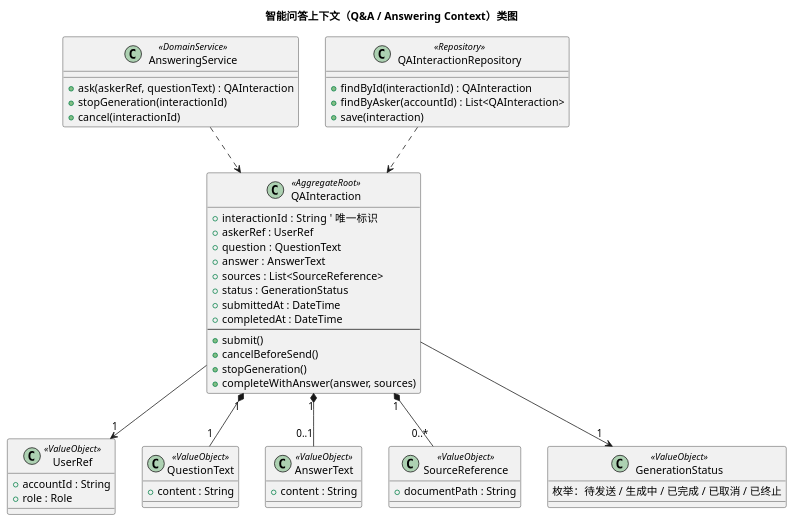
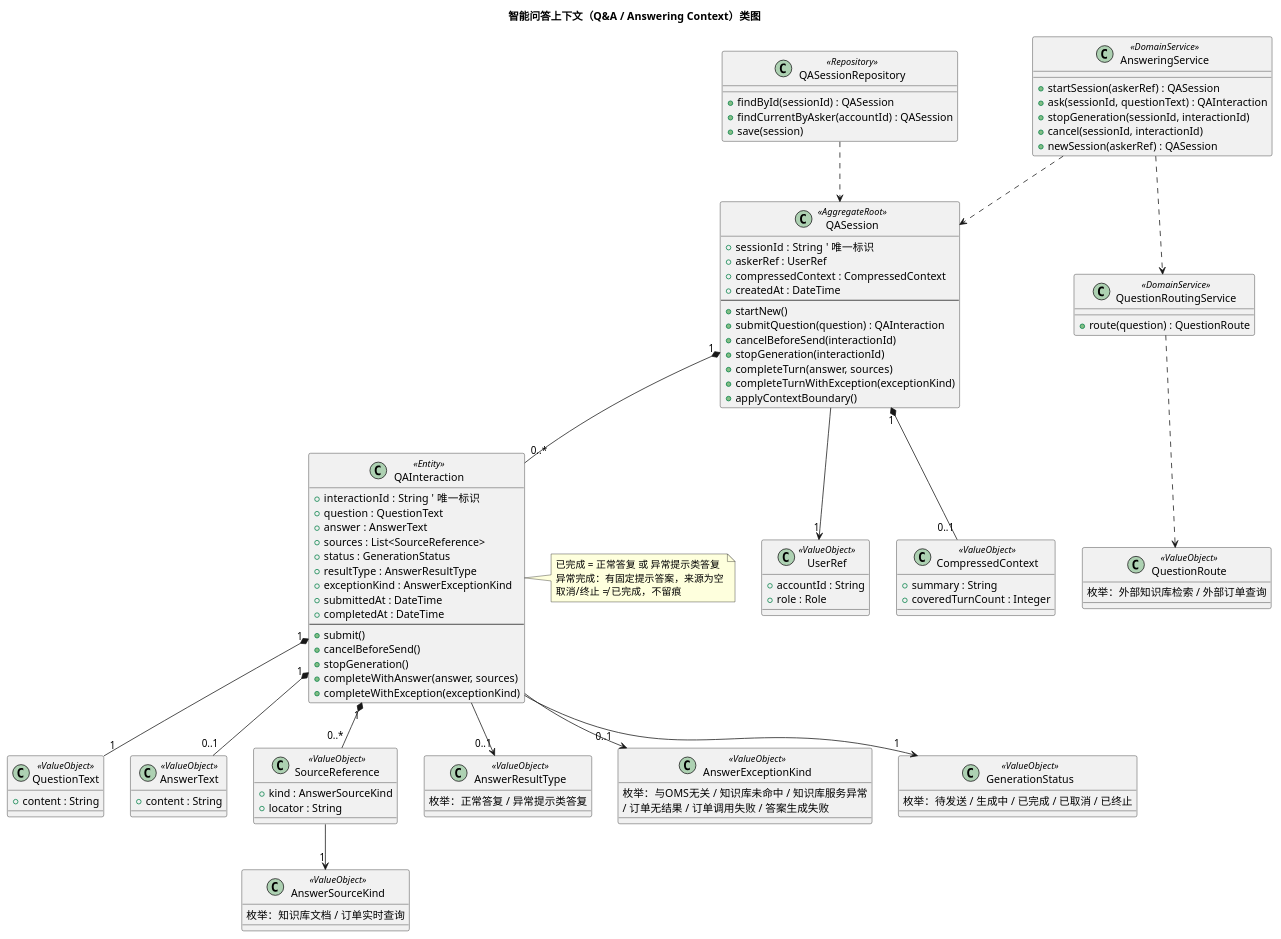
Before and after one commit to Wendy123wx/OMS-AI-RAG-Agent: the third of 10 diagrams in docs/prd/02-领域模型.md, drawn with PlantUML. The commit also changed other lines of this file, not shown here.

````diff
--- a/docs/prd/02-领域模型.md
+++ b/docs/prd/02-领域模型.md
@@ -371,13 +495,29 @@
 @startuml QAContext
 title 智能问答上下文（Q&A / Answering Context）类图
 
-class QAInteraction <<AggregateRoot>> {
+class QASession <<AggregateRoot>> {
+  +sessionId : String  ' 唯一标识
+  +askerRef : UserRef
+  +compressedContext : CompressedContext
+  +createdAt : DateTime
+  --
+  +startNew()
+  +submitQuestion(question) : QAInteraction
+  +cancelBeforeSend(interactionId)
+  +stopGeneration(interactionId)
+  +completeTurn(answer, sources)
+  +completeTurnWithException(exceptionKind)
+  +applyContextBoundary()
+}
+
+class QAInteraction <<Entity>> {
   +interactionId : String  ' 唯一标识
-  +askerRef : UserRef
   +question : QuestionText
   +answer : AnswerText
   +sources : List<SourceReference>
   +status : GenerationStatus
+  +resultType : AnswerResultType
+  +exceptionKind : AnswerExceptionKind
   +submittedAt : DateTime
   +completedAt : DateTime
   --
@@ -385,6 +525,7 @@
   +cancelBeforeSend()
   +stopGeneration()
   +completeWithAnswer(answer, sources)
+  +completeWithException(exceptionKind)
 }
 
 class UserRef <<ValueObject>> {
@@ -403,8 +544,29 @@
   ' 不可变
 }
 
+class AnswerSourceKind <<ValueObject>> {
+  枚举：知识库文档 / 订单实时查询
+  ' 不可变
+}
+
 class SourceReference <<ValueObject>> {
-  +documentPath : String
+  +kind : AnswerSourceKind
+  +locator : String
+  ' 文档检索路径或「订单系统实时查询」；不可变
+}
+
+class AnswerResultType <<ValueObject>> {
+  枚举：正常答复 / 异常提示类答复
+  ' 不可变
+}
+
+class AnswerExceptionKind <<ValueObject>> {
+  枚举：与OMS无关 / 知识库未命中 / 知识库服务异常\n/ 订单无结果 / 订单调用失败 / 答案生成失败
+  ' 不可变
+}
+
+class QuestionRoute <<ValueObject>> {
+  枚举：外部知识库检索 / 外部订单查询
   ' 不可变
 }
 
@@ -413,25 +575,50 @@
   ' 不可变
 }
 
-class AnsweringService <<DomainService>> {
-  +ask(askerRef, questionText) : QAInteraction
-  +stopGeneration(interactionId)
-  +cancel(interactionId)
+class CompressedContext <<ValueObject>> {
+  +summary : String
+  +coveredTurnCount : Integer
+  ' 不可变；更早对话摘要
 }
 
-class QAInteractionRepository <<Repository>> {
-  +findById(interactionId) : QAInteraction
-  +findByAsker(accountId) : List<QAInteraction>
-  +save(interaction)
+class QuestionRoutingService <<DomainService>> {
+  +route(question) : QuestionRoute
 }
 
+class AnsweringService <<DomainService>> {
+  +startSession(askerRef) : QASession
+  +ask(sessionId, questionText) : QAInteraction
+  +stopGeneration(sessionId, interactionId)
+  +cancel(sessionId, interactionId)
+  +newSession(askerRef) : QASession
+}
+
+class QASessionRepository <<Repository>> {
+  +findById(sessionId) : QASession
+  +findCurrentByAsker(accountId) : QASession
+  +save(session)
+}
+
+QASession "1" *-- "0..*" QAInteraction
+QASession "1" *-- "0..1" CompressedContext
+QASession --> "1" UserRef
 QAInteraction "1" *-- "1" QuestionText
 QAInteraction "1" *-- "0..1" AnswerText
 QAInteraction "1" *-- "0..*" SourceReference
-QAInteraction --> "1" UserRef
 QAInteraction --> "1" GenerationStatus
-AnsweringService ..> QAInteraction
-QAInteractionRepository ..> QAInteraction
+QAInteraction --> "0..1" AnswerResultType
+QAInteraction --> "0..1" AnswerExceptionKind
+SourceReference --> "1" AnswerSourceKind
+QuestionRoutingService ..> QuestionRoute
+AnsweringService ..> QASession
+AnsweringService ..> QuestionRoutingService
+QASessionRepository ..> QASession
+
+note right of QAInteraction
+  已完成 = 正常答复 或 异常提示类答复
+  异常完成：有固定提示答案，来源为空
+  取消/终止 ≠ 已完成，不留痕
+end note
 
 @enduml
 ```
````
